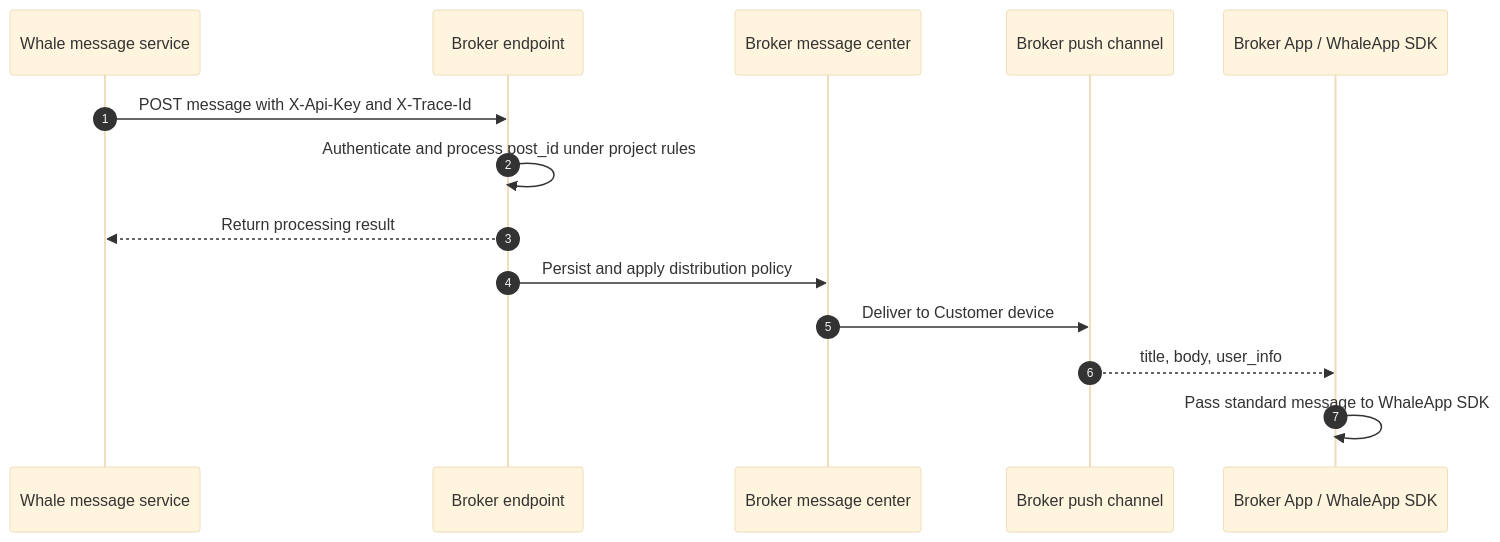
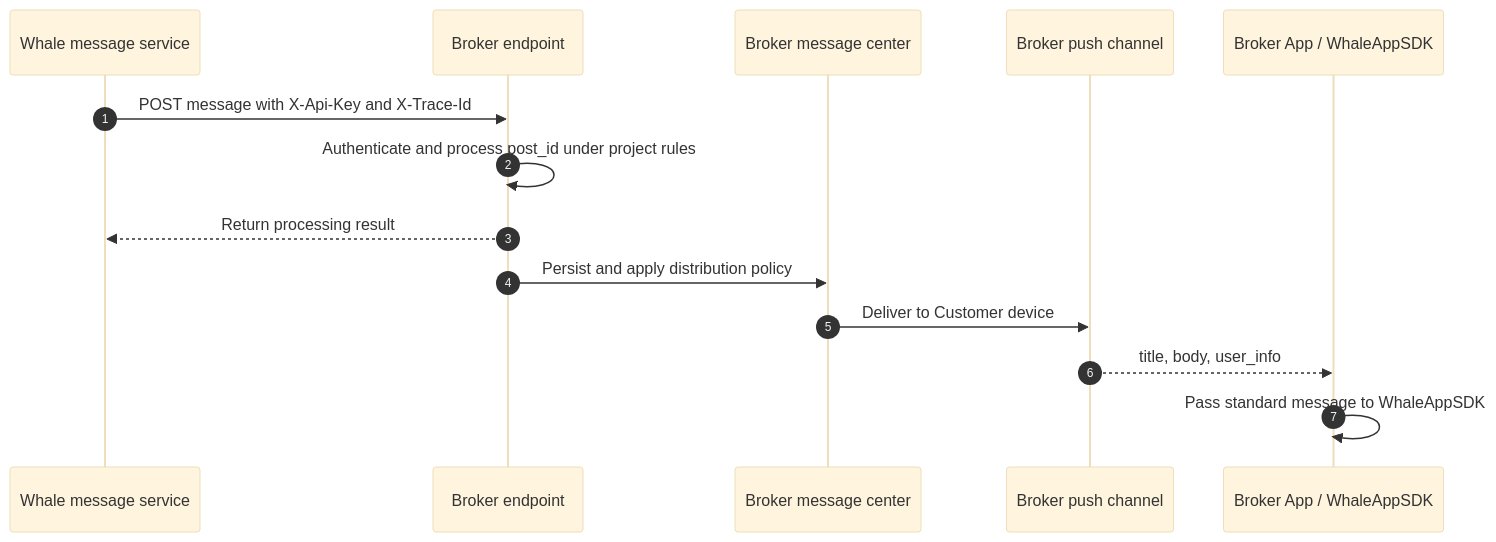
Before and after one commit to longbridge/whale-docs: the second of 2 diagrams in docs/en/docs/message-push.mdx, drawn with Mermaid (base theme). The commit also changed other lines of this file and 120 other files, not shown here.

````diff
--- a/docs/en/docs/message-push.mdx
+++ b/docs/en/docs/message-push.mdx
@@ -92,16 +92,16 @@
 ```mermaid
 sequenceDiagram
     autonumber
     participant Whale as Whale message service
     participant Endpoint as Broker endpoint
     participant Center as Broker message center
     participant Channel as Broker push channel
-    participant App as Broker App / WhaleApp SDK
+    participant App as Broker App / WhaleAppSDK
     Whale->>Endpoint: POST message with X-Api-Key and X-Trace-Id
     Endpoint->>Endpoint: Authenticate and process post_id under project rules
     Endpoint-->>Whale: Return processing result
     Endpoint->>Center: Persist and apply distribution policy
     Center->>Channel: Deliver to Customer device
     Channel-->>App: title, body, user_info
-    App->>App: Pass standard message to WhaleApp SDK
+    App->>App: Pass standard message to WhaleAppSDK
 ```
````
